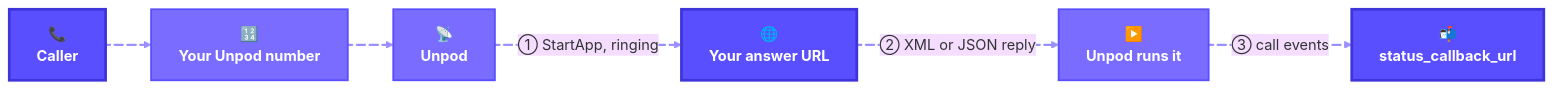
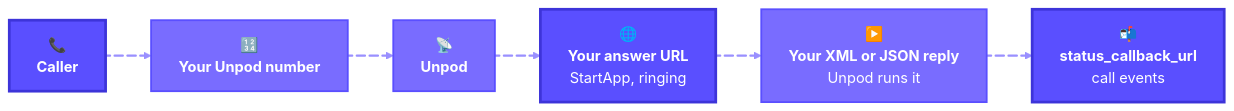
Before and after one commit to parvbhullar/unpod-dev-docs: the diagram in telephony/apis/incoming-calls.mdx, drawn with Mermaid (base theme). The commit also changed other lines of this file and 1 other file, not shown here.

````diff
--- a/telephony/apis/incoming-calls.mdx
+++ b/telephony/apis/incoming-calls.mdx
@@ -11,20 +12,20 @@
 ```mermaid
 flowchart LR
   A["📞<br/><b>Caller</b>"] e1@==> B["🔢<br/><b>Your Unpod number</b>"]
   B e2@==> C["📡<br/><b>Unpod</b>"]
-  C e3@==>|① StartApp, ringing| D["🌐<br/><b>Your answer URL</b>"]
-  D e4@==>|② XML or JSON reply| E["▶️<br/><b>Unpod runs it</b>"]
-  E e5@==>|③ call events| F["📬<br/><b>status_callback_url</b>"]
+  C e3@==> D["🌐<br/><b>Your answer URL</b><br/>StartApp, ringing"]
+  D e4@==> E["▶️<br/><b>Your XML or JSON reply</b><br/>Unpod runs it"]
+  E e5@==> F["📬<br/><b>status_callback_url</b><br/>call events"]
 
   e1@{ animate: true }
   e2@{ animate: true }
   e3@{ animate: true }
   e4@{ animate: true }
   e5@{ animate: true }
 
   classDef ep fill:#5a4fff,color:#fff,stroke:#3d34d9,stroke-width:3px;
   classDef pp fill:#796cff,color:#fff,stroke:#5a4fff,stroke-width:2px;
   class A,D,F ep;
   class B,C,E pp;
   linkStyle default stroke:#9a90ff,stroke-width:2.5px;
 ```
````
